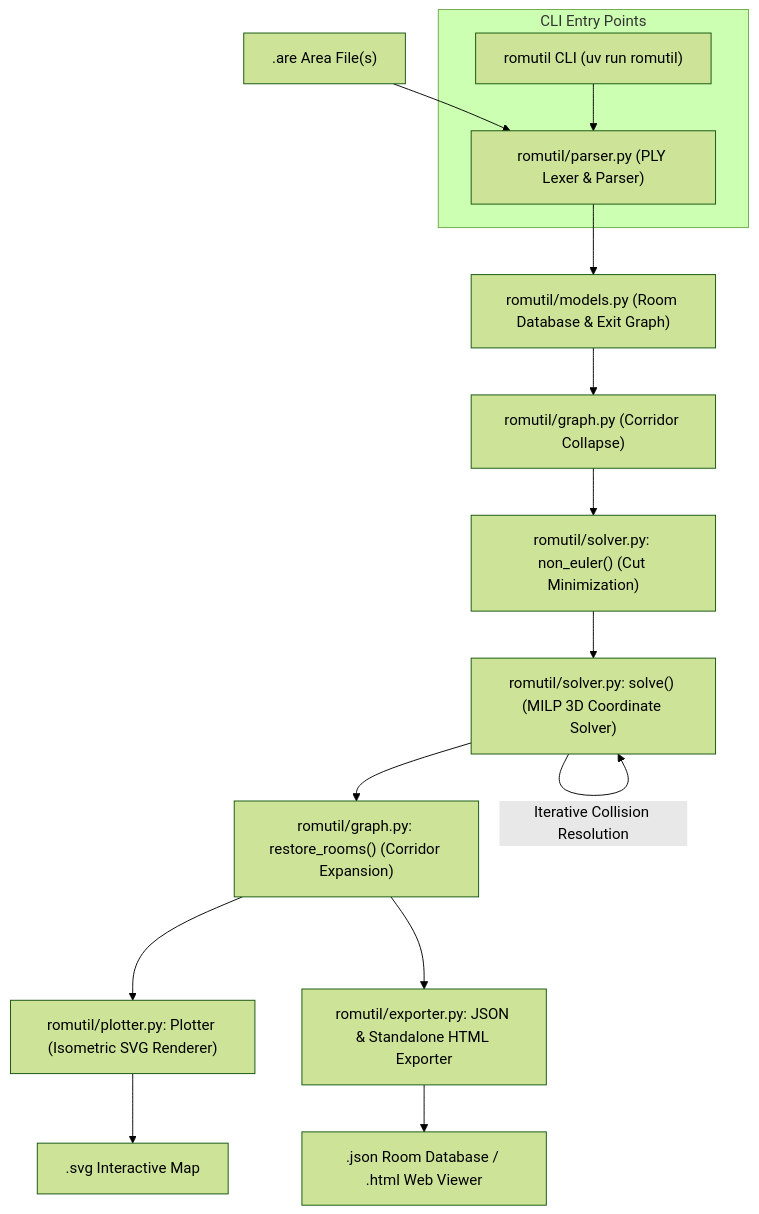
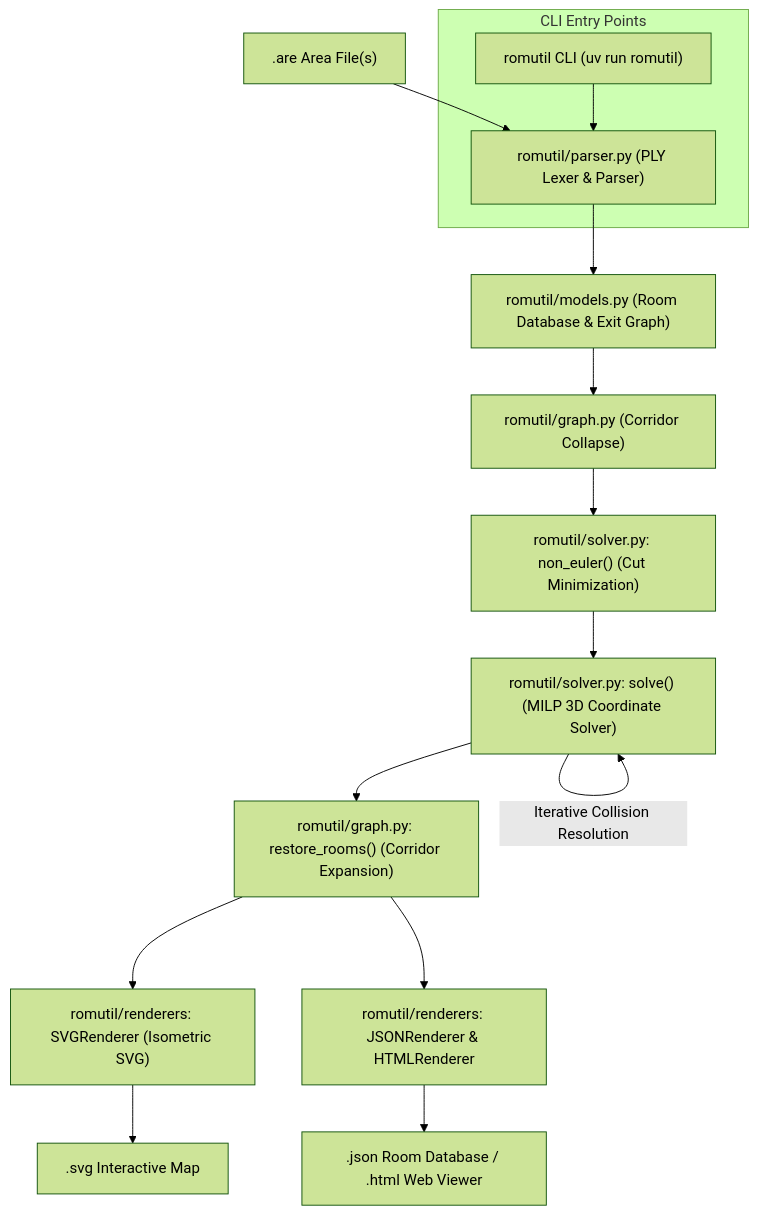
One commit to mitharen/ROMUtil changed the diagram in DESIGN.md. Above: the diagram before and after it, drawn with Mermaid (forest theme). The commit also changed other lines of this file and 15 other files, not shown here.

First line of the commit message:
feat(renderers): modularize renderers and extract viewer HTML template (Task 9a)

````diff
--- a/DESIGN.md
+++ b/DESIGN.md
@@ -23,18 +23,18 @@
 ```mermaid
 flowchart TD
     A[".are Area File(s)"] --> B["romutil/parser.py (PLY Lexer & Parser)"]
     B --> C["romutil/models.py (Room Database & Exit Graph)"]
     C --> D["romutil/graph.py (Corridor Collapse)"]
     D --> E["romutil/solver.py: non_euler() (Cut Minimization)"]
     E --> F["romutil/solver.py: solve() (MILP 3D Coordinate Solver)"]
     F -->|Iterative Collision Resolution| F
     F --> G["romutil/graph.py: restore_rooms() (Corridor Expansion)"]
-    G --> H["romutil/plotter.py: Plotter (Isometric SVG Renderer)"]
-    G --> J["romutil/exporter.py: JSON & Standalone HTML Exporter"]
+    G --> H["romutil/renderers: SVGRenderer (Isometric SVG)"]
+    G --> J["romutil/renderers: JSONRenderer & HTMLRenderer"]
     H --> I[".svg Interactive Map"]
     J --> K[".json Room Database / .html Web Viewer"]
 
     subgraph CLI Entry Points
         CLI1["romutil CLI (uv run romutil)"] --> B
     end
 ```
````
